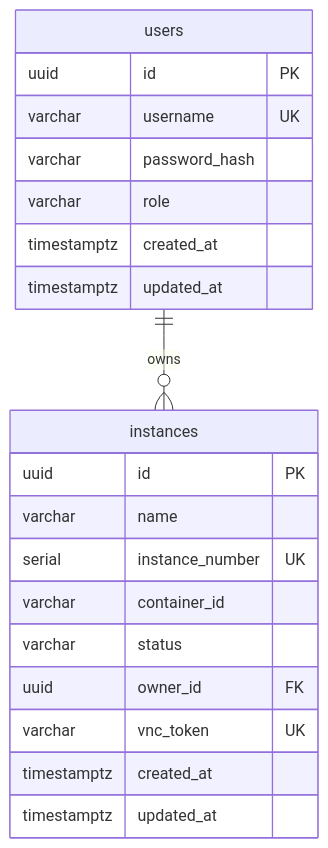
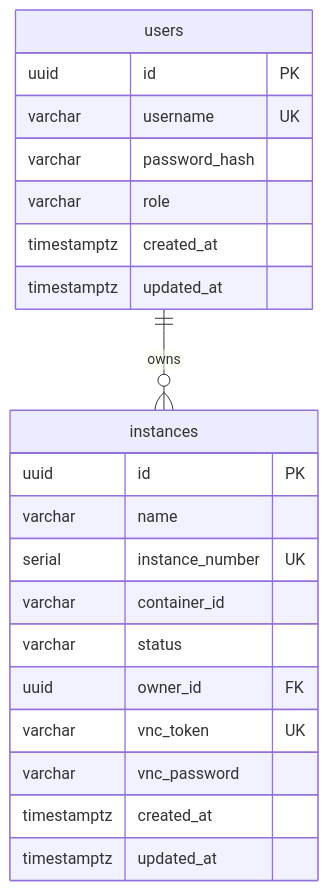
Before and after one commit to TsukiSama9292/OpenWorkspace-Engine: the seventh of 7 diagrams in docs/architecture.md, drawn with Mermaid. The commit also changed other lines of this file and 6 other files, not shown here.

````diff
--- a/docs/architecture.md
+++ b/docs/architecture.md
@@ -329,25 +328,26 @@
 ```mermaid
 erDiagram
     users {
         uuid id PK
         varchar username UK
         varchar password_hash
         varchar role
         timestamptz created_at
         timestamptz updated_at
     }
 
     instances {
         uuid id PK
         varchar name
         serial instance_number UK
         varchar container_id
         varchar status
         uuid owner_id FK
         varchar vnc_token UK
+        varchar vnc_password
         timestamptz created_at
         timestamptz updated_at
     }
 
     users ||--o{ instances : "owns"
 ```
````
